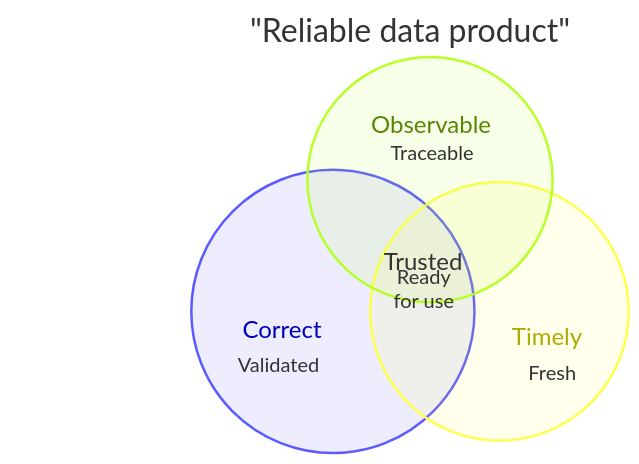
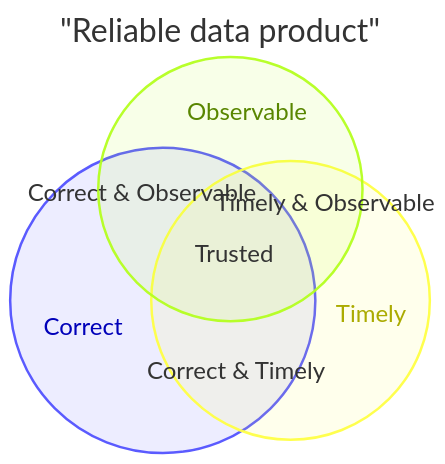
Before and after one commit to mols3131d/mols-agent-assets: the second of 2 diagrams in src/rulesync/.rulesync/skills/mols-mermaid-diagram/references/examples/venn.md, drawn with Mermaid. The commit also changed other lines of this file and 27 other files, not shown here.

Commit message:
docs(mermaid): diagram examples 단계별 고도화

````diff
--- a/src/rulesync/.rulesync/skills/mols-mermaid-diagram/references/examples/venn.md
+++ b/src/rulesync/.rulesync/skills/mols-mermaid-diagram/references/examples/venn.md
@@ -19,12 +45,11 @@
 ```mermaid
 venn-beta
     title "Reliable data product"
     set Correct["Correct"]:24
-        text C1["Validated"]
     set Timely["Timely"]:20
-        text T1["Fresh"]
     set Observable["Observable"]:18
-        text O1["Traceable"]
+    union Correct,Timely["Correct & Timely"]:10
+    union Correct,Observable["Correct & Observable"]:9
+    union Timely,Observable["Timely & Observable"]:8
     union Correct,Timely,Observable["Trusted"]:6
-        text CTO["Ready for use"]
 ```
````
